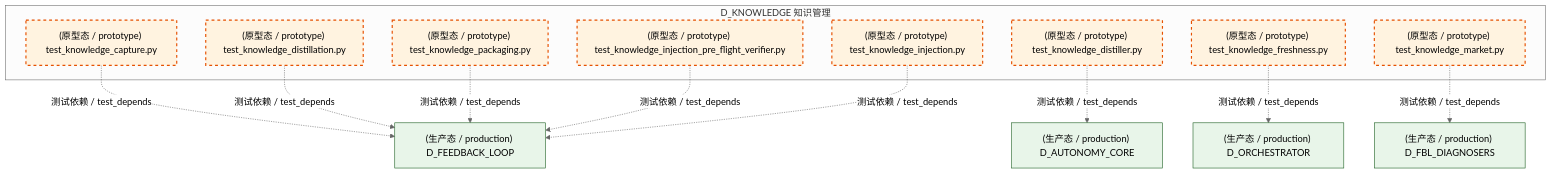
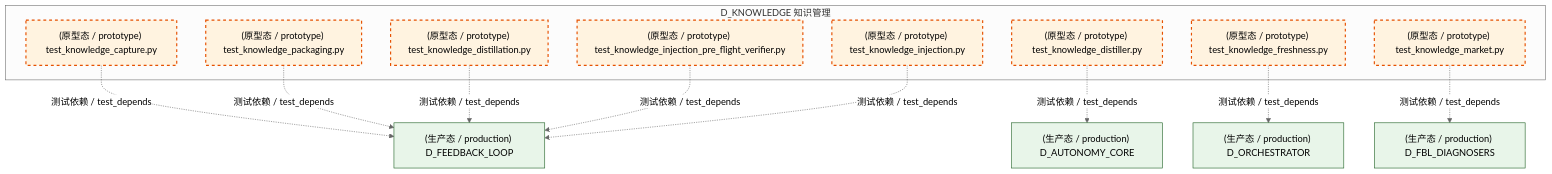
The second of 5 diagrams in docs/02_enterprise_architecture/02_domain_architecture_docs/48_d_knowledge.md (xuanFelixVan/ZephyrAlpha), drawn with Mermaid (neutral theme) before and after one commit. The commit also changed other lines of this file and 125 other files, not shown here.

````diff
--- a/docs/02_enterprise_architecture/02_domain_architecture_docs/48_d_knowledge.md
+++ b/docs/02_enterprise_architecture/02_domain_architecture_docs/48_d_knowledge.md
@@ -174,31 +176,31 @@
 ```mermaid
 graph TD
     subgraph D_KNOWLEDGE["D_KNOWLEDGE 知识管理"]
         tests_knowledge_engine_test_knowledge_capture_py["(原型态 / prototype) test_knowledge_capture.py"]
         tests_knowledge_engine_test_knowledge_distillation_py["(原型态 / prototype) test_knowledge_distillation.py"]
         tests_knowledge_engine_test_knowledge_distiller_py["(原型态 / prototype) test_knowledge_distiller.py"]
         tests_knowledge_engine_test_knowledge_freshness_py["(原型态 / prototype) test_knowledge_freshness.py"]
         tests_knowledge_engine_test_knowledge_injection_py["(原型态 / prototype) test_knowledge_injection.py"]
         tests_knowledge_engine_test_knowledge_injection_pre_flight_verifier_py["(原型态 / prototype) test_knowledge_injection_pre_flight_verifier.py"]
         tests_knowledge_engine_test_knowledge_market_py["(原型态 / prototype) test_knowledge_market.py"]
         tests_knowledge_engine_test_knowledge_packaging_py["(原型态 / prototype) test_knowledge_packaging.py"]
     end
+    D_FBL_DIAGNOSERS["(生产态 / production) D_FBL_DIAGNOSERS"]
+    tests_knowledge_engine_test_knowledge_market_py -.->|测试依赖 / test_depends| D_FBL_DIAGNOSERS
     D_AUTONOMY_CORE["(生产态 / production) D_AUTONOMY_CORE"]
     tests_knowledge_engine_test_knowledge_distiller_py -.->|测试依赖 / test_depends| D_AUTONOMY_CORE
     D_FEEDBACK_LOOP["(生产态 / production) D_FEEDBACK_LOOP"]
     tests_knowledge_engine_test_knowledge_capture_py -.->|测试依赖 / test_depends| D_FEEDBACK_LOOP
+    tests_knowledge_engine_test_knowledge_packaging_py -.->|测试依赖 / test_depends| D_FEEDBACK_LOOP
     tests_knowledge_engine_test_knowledge_distillation_py -.->|测试依赖 / test_depends| D_FEEDBACK_LOOP
-    D_FBL_DIAGNOSERS["(生产态 / production) D_FBL_DIAGNOSERS"]
-    tests_knowledge_engine_test_knowledge_market_py -.->|测试依赖 / test_depends| D_FBL_DIAGNOSERS
-    tests_knowledge_engine_test_knowledge_packaging_py -.->|测试依赖 / test_depends| D_FEEDBACK_LOOP
     tests_knowledge_engine_test_knowledge_injection_pre_flight_verifier_py -.->|测试依赖 / test_depends| D_FEEDBACK_LOOP
     tests_knowledge_engine_test_knowledge_injection_py -.->|测试依赖 / test_depends| D_FEEDBACK_LOOP
     D_ORCHESTRATOR["(生产态 / production) D_ORCHESTRATOR"]
     tests_knowledge_engine_test_knowledge_freshness_py -.->|测试依赖 / test_depends| D_ORCHESTRATOR
     classDef production fill:#e1f5fe,stroke:#01579b,stroke-width:2px,color:#000
     classDef design fill:#fff3e0,stroke:#e65100,stroke-width:2px,color:#000,stroke-dasharray: 5 5
     classDef external_prod fill:#e8f5e9,stroke:#1b5e20,stroke-width:1px,color:#000
     classDef external_design fill:#fce4ec,stroke:#880e4f,stroke-width:1px,color:#000,stroke-dasharray: 5 5
     class tests_knowledge_engine_test_knowledge_capture_py,tests_knowledge_engine_test_knowledge_distillation_py,tests_knowledge_engine_test_knowledge_distiller_py,tests_knowledge_engine_test_knowledge_freshness_py,tests_knowledge_engine_test_knowledge_injection_py,tests_knowledge_engine_test_knowledge_injection_pre_flight_verifier_py,tests_knowledge_engine_test_knowledge_market_py,tests_knowledge_engine_test_knowledge_packaging_py design
-    class D_AUTONOMY_CORE,D_FEEDBACK_LOOP,D_FBL_DIAGNOSERS,D_ORCHESTRATOR external_prod
+    class D_FBL_DIAGNOSERS,D_AUTONOMY_CORE,D_FEEDBACK_LOOP,D_ORCHESTRATOR external_prod
 ```
````
